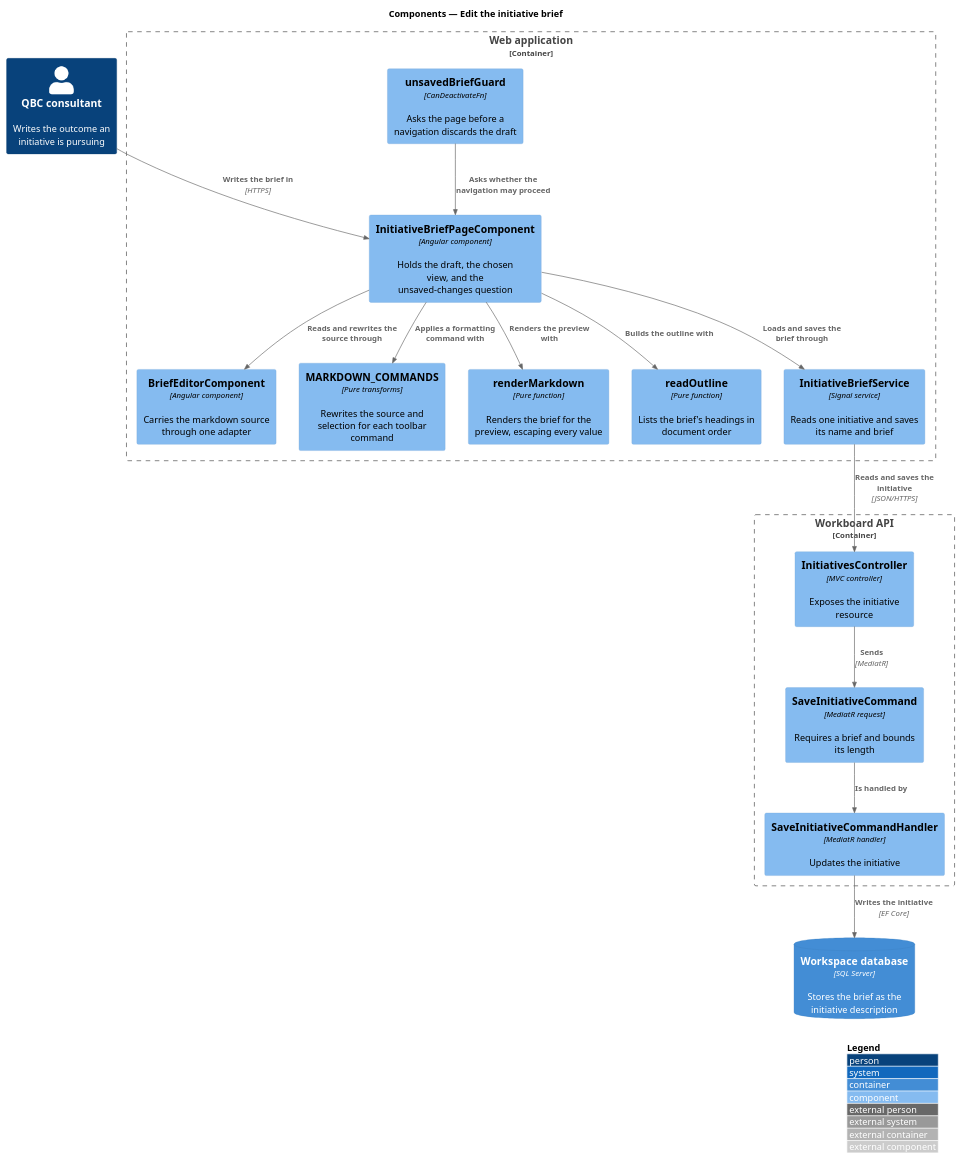
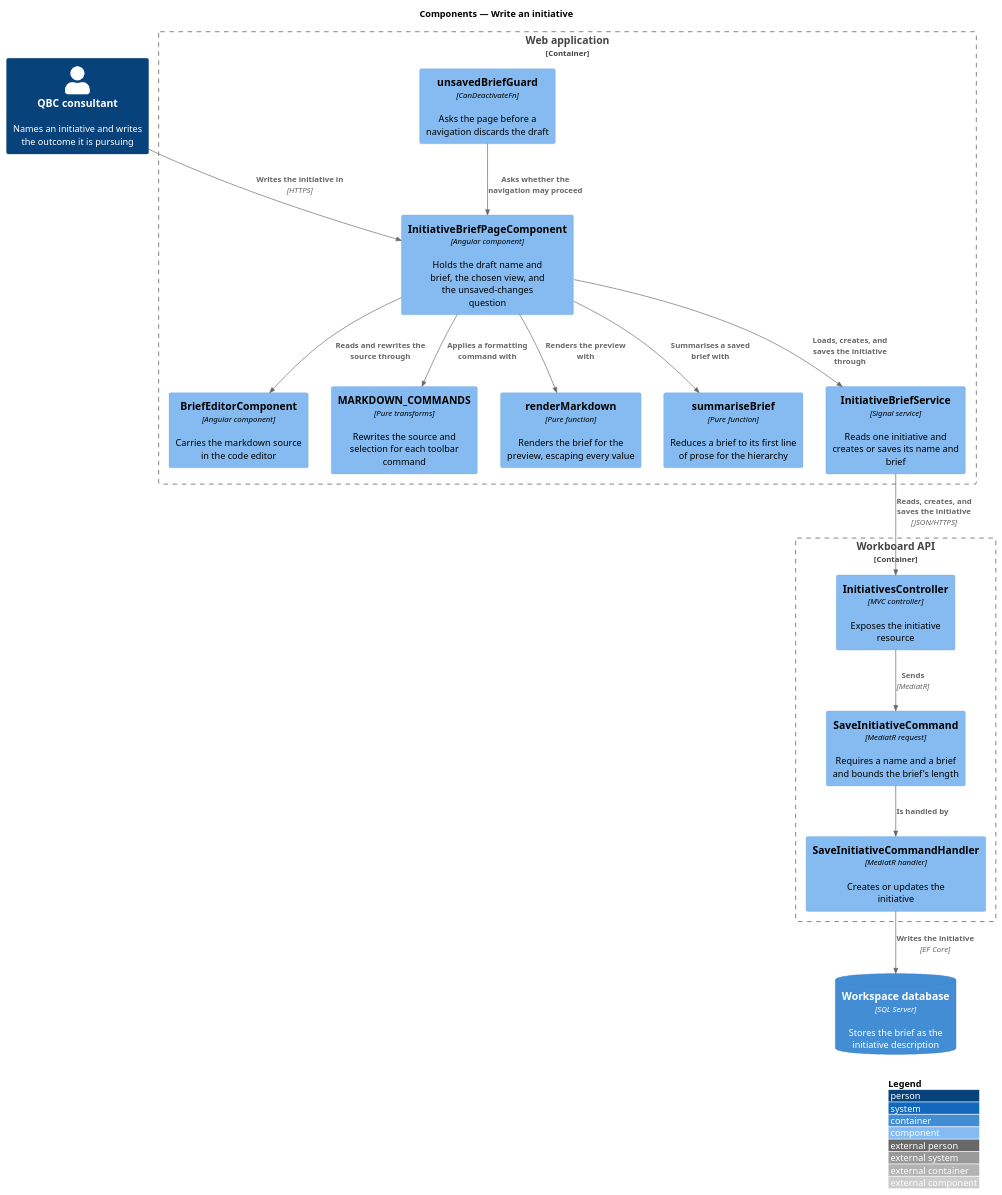
Before and after one commit to QuinntyneBrown/quinntyne-brown-consulting: the diagram in docs/detailed-designs/work-items/edit-initiative-brief/diagrams/c4-component.puml, drawn with PlantUML. The commit also changed 48 other files, not shown here.

```diff
--- a/docs/detailed-designs/work-items/edit-initiative-brief/diagrams/c4-component.puml
+++ b/docs/detailed-designs/work-items/edit-initiative-brief/diagrams/c4-component.puml
@@ -1,36 +1,36 @@
 @startuml
 !include <C4/C4_Component>
 LAYOUT_WITH_LEGEND()
-title Components — Edit the initiative brief
+title Components — Write an initiative
 
-Person(consultant, "QBC consultant", "Writes the outcome an initiative is pursuing")
+Person(consultant, "QBC consultant", "Names an initiative and writes the outcome it is pursuing")
 ContainerDb(db, "Workspace database", "SQL Server", "Stores the brief as the initiative description")
 
 Container_Boundary(spa, "Web application") {
-  Component(page, "InitiativeBriefPageComponent", "Angular component", "Holds the draft, the chosen view, and the unsaved-changes question")
+  Component(page, "InitiativeBriefPageComponent", "Angular component", "Holds the draft name and brief, the chosen view, and the unsaved-changes question")
   Component(guard, "unsavedBriefGuard", "CanDeactivateFn", "Asks the page before a navigation discards the draft")
-  Component(editor, "BriefEditorComponent", "Angular component", "Carries the markdown source through one adapter")
+  Component(editor, "BriefEditorComponent", "Angular component", "Carries the markdown source in the code editor")
   Component(commands, "MARKDOWN_COMMANDS", "Pure transforms", "Rewrites the source and selection for each toolbar command")
   Component(renderer, "renderMarkdown", "Pure function", "Renders the brief for the preview, escaping every value")
-  Component(outline, "readOutline", "Pure function", "Lists the brief's headings in document order")
-  Component(service, "InitiativeBriefService", "Signal service", "Reads one initiative and saves its name and brief")
+  Component(summary, "summariseBrief", "Pure function", "Reduces a brief to its first line of prose for the hierarchy")
+  Component(service, "InitiativeBriefService", "Signal service", "Reads one initiative and creates or saves its name and brief")
 }
 
 Container_Boundary(api, "Workboard API") {
   Component(controller, "InitiativesController", "MVC controller", "Exposes the initiative resource")
-  Component(command, "SaveInitiativeCommand", "MediatR request", "Requires a brief and bounds its length")
-  Component(handler, "SaveInitiativeCommandHandler", "MediatR handler", "Updates the initiative")
+  Component(command, "SaveInitiativeCommand", "MediatR request", "Requires a name and a brief and bounds the brief's length")
+  Component(handler, "SaveInitiativeCommandHandler", "MediatR handler", "Creates or updates the initiative")
 }
 
-Rel(consultant, page, "Writes the brief in", "HTTPS")
+Rel(consultant, page, "Writes the initiative in", "HTTPS")
 Rel(page, editor, "Reads and rewrites the source through")
 Rel(page, commands, "Applies a formatting command with")
 Rel(page, renderer, "Renders the preview with")
-Rel(page, outline, "Builds the outline with")
+Rel(page, summary, "Summarises a saved brief with")
 Rel(guard, page, "Asks whether the navigation may proceed")
-Rel(page, service, "Loads and saves the brief through")
-Rel(service, controller, "Reads and saves the initiative", "JSON/HTTPS")
+Rel(page, service, "Loads, creates, and saves the initiative through")
+Rel(service, controller, "Reads, creates, and saves the initiative", "JSON/HTTPS")
 Rel(controller, command, "Sends", "MediatR")
 Rel(command, handler, "Is handled by")
 Rel(handler, db, "Writes the initiative", "EF Core")
 @enduml
```
